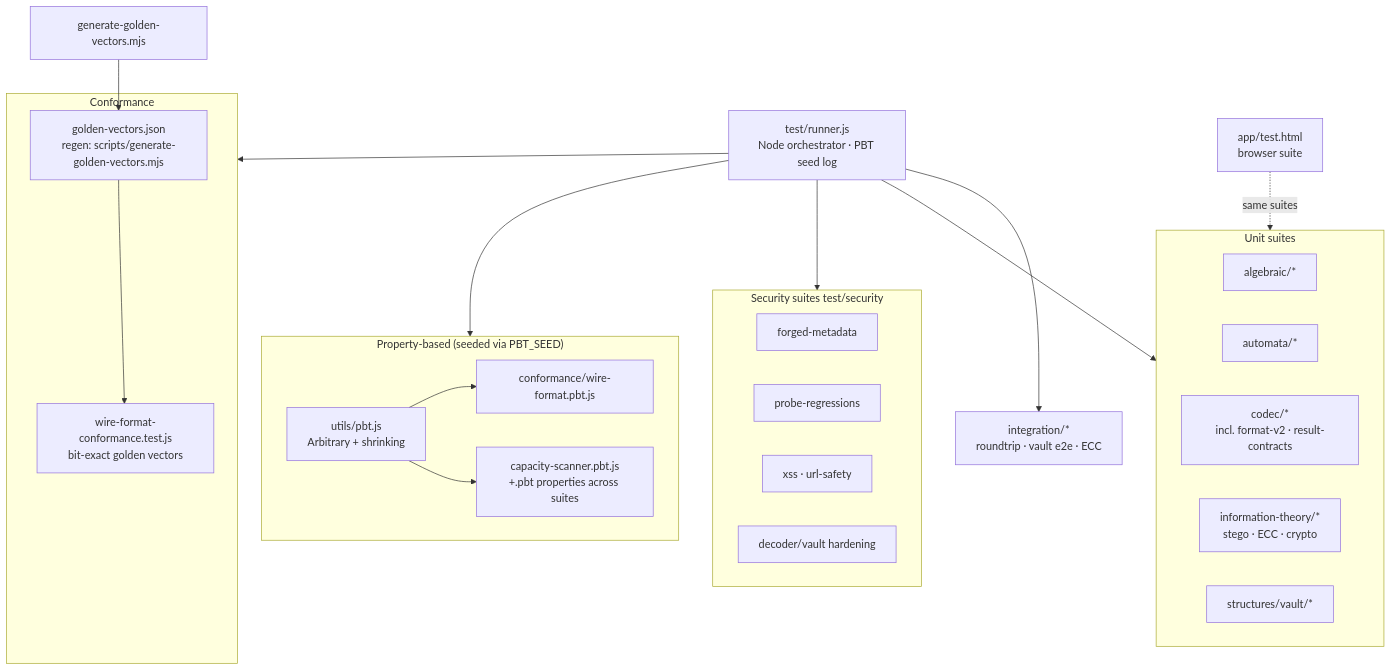
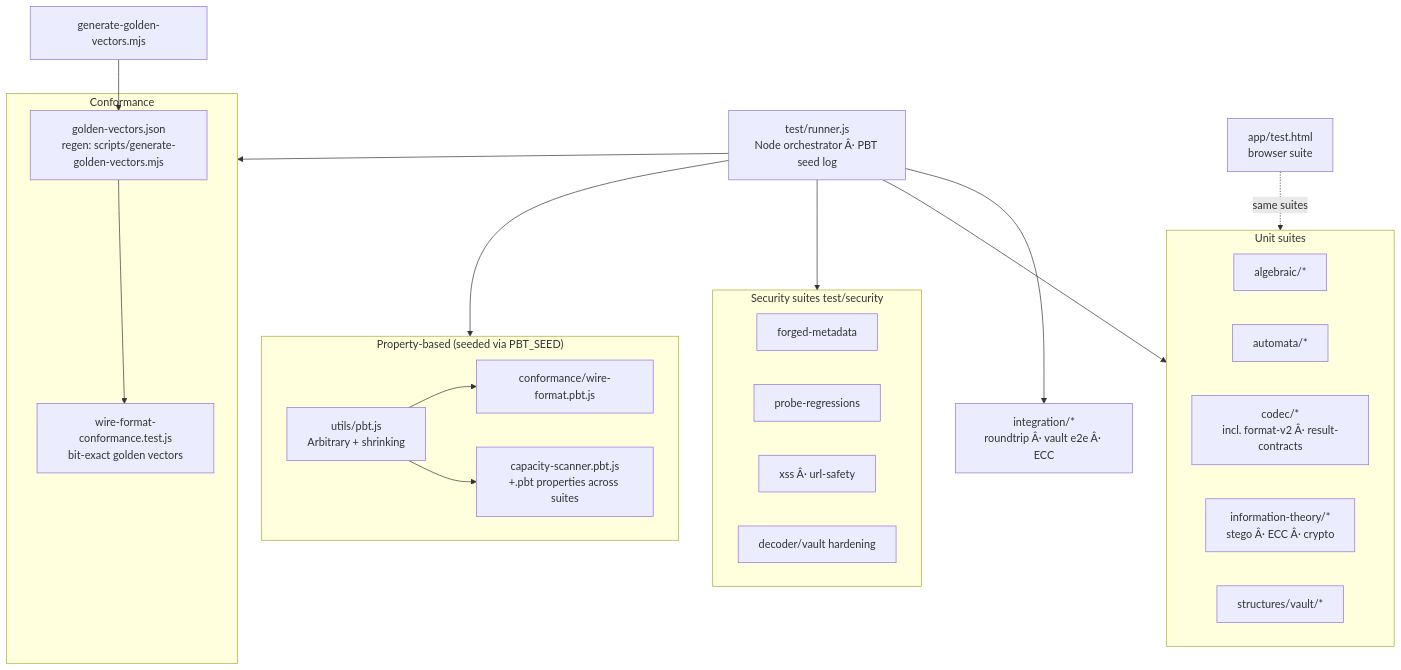
The sixth of 6 diagrams in WIREFRAME.md (jessebeard/Ollie), drawn with Mermaid before and after one commit. The commit also changed other lines of this file and 12 other files, not shown here.

````diff
--- a/WIREFRAME.md
+++ b/WIREFRAME.md
@@ -370,44 +386,44 @@
 ```mermaid
 flowchart TB
-    RUNNER["test/runner.js<br/>Node orchestrator · PBT seed log"]
+    RUNNER["test/runner.js<br/>Node orchestrator Â· PBT seed log"]
 
     subgraph UNIT["Unit suites"]
         ALGT["algebraic/*"]
         AUTT["automata/*"]
-        CODECT["codec/*<br/>incl. format-v2 · result-contracts"]
-        ITT["information-theory/*<br/>stego · ECC · crypto"]
+        CODECT["codec/*<br/>incl. format-v2 Â· result-contracts"]
+        ITT["information-theory/*<br/>stego Â· ECC Â· crypto"]
         STRUCTT["structures/vault/*"]
     end
 
     subgraph SEC["Security suites test/security"]
         FORGED["forged-metadata"]
         PROBE["probe-regressions"]
-        XSS["xss · url-safety"]
+        XSS["xss Â· url-safety"]
         HARD["decoder/vault hardening"]
     end
 
     subgraph CONF["Conformance"]
         GOLD["wire-format-conformance.test.js<br/>bit-exact golden vectors"]
         VECJSON["golden-vectors.json<br/>regen: scripts/generate-golden-vectors.mjs"]
     end
 
     subgraph PBTW["Property-based (seeded via PBT_SEED)"]
         HARNESS["utils/pbt.js<br/>Arbitrary + shrinking"]
         WFPBT["conformance/wire-format.pbt.js"]
         OTHERPBT["capacity-scanner.pbt.js<br/>+.pbt properties across suites"]
     end
 
-    INTEG["integration/*<br/>roundtrip · vault e2e · ECC"]
+    INTEG["integration/*<br/>roundtrip Â· vault e2e Â· ECC"]
     BROWSER["app/test.html<br/>browser suite"]
 
     RUNNER --> UNIT
     RUNNER --> SEC
     RUNNER --> CONF
     RUNNER --> PBTW
     RUNNER --> INTEG
     GEN["generate-golden-vectors.mjs"] --> VECJSON
     VECJSON --> GOLD
     HARNESS --> WFPBT
     HARNESS --> OTHERPBT
     BROWSER -.same suites.-> UNIT
 ```
````
